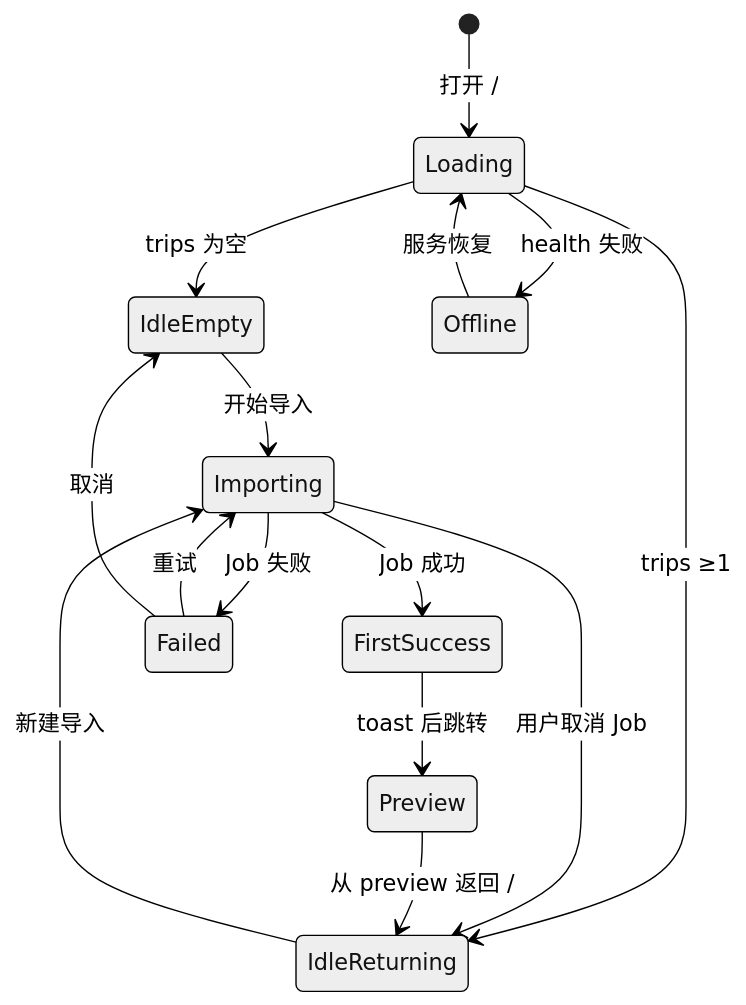
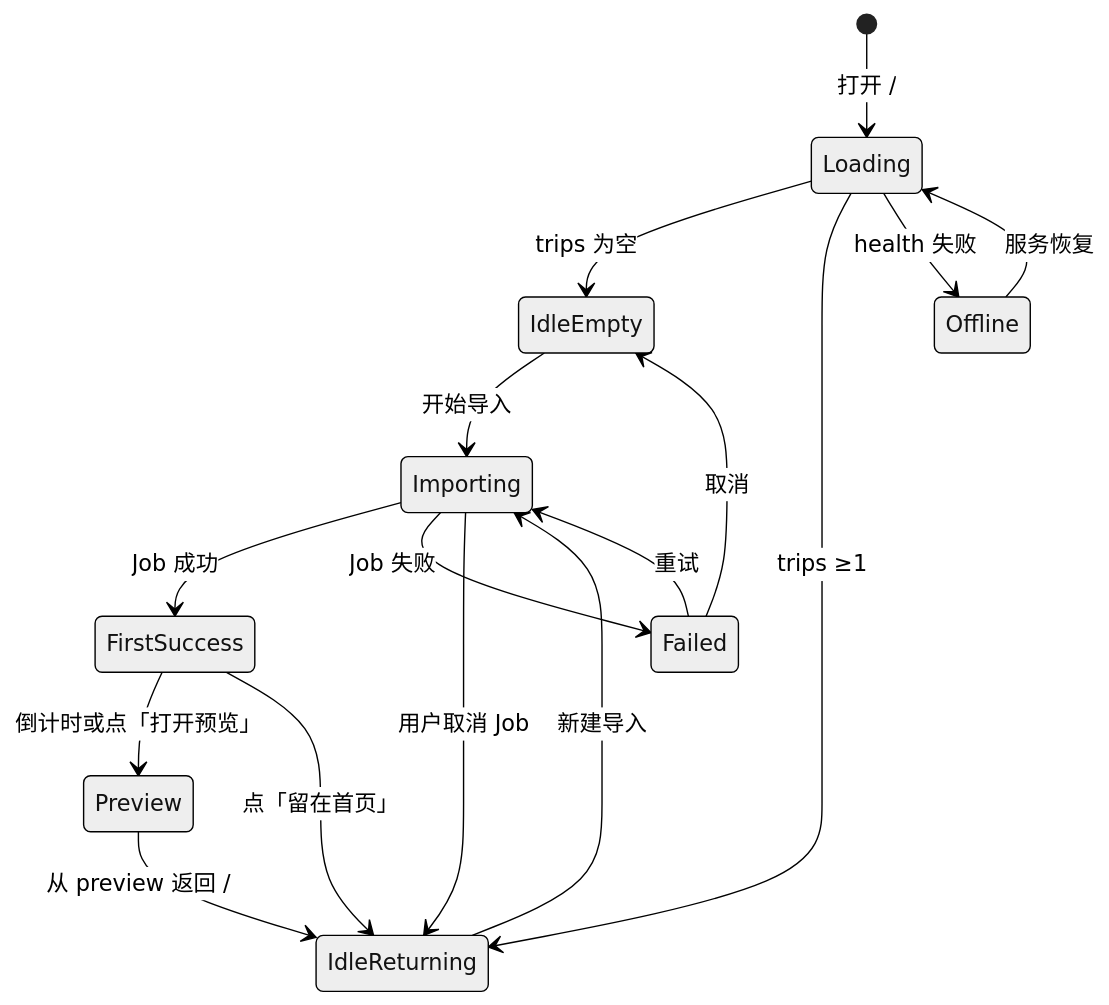
Before and after one commit to warclover/travelogue: the first of 2 diagrams in docs/PRD-STUDIO-HOMEPAGE.md, drawn with Mermaid (neutral theme). The commit also changed other lines of this file and 14 other files, not shown here.

First line of the commit message:
fix(studio): subprocess pick-folder and harden homepage import flow

````diff
--- a/docs/PRD-STUDIO-HOMEPAGE.md
+++ b/docs/PRD-STUDIO-HOMEPAGE.md
@@ -242,17 +268,18 @@
 ```mermaid
 stateDiagram-v2
   [*] --> Loading: 打开 /
   Loading --> IdleEmpty: trips 为空
   Loading --> IdleReturning: trips ≥1
   Loading --> Offline: health 失败
   IdleEmpty --> Importing: 开始导入
   IdleReturning --> Importing: 新建导入
   Importing --> FirstSuccess: Job 成功
-  FirstSuccess --> Preview: toast 后跳转
+  FirstSuccess --> Preview: 倒计时或点「打开预览」
+  FirstSuccess --> IdleReturning: 点「留在首页」
   Importing --> Failed: Job 失败
   Failed --> Importing: 重试
   Failed --> IdleEmpty: 取消
   Importing --> IdleReturning: 用户取消 Job
   Offline --> Loading: 服务恢复
   Preview --> IdleReturning: 从 preview 返回 /
 ```
````
